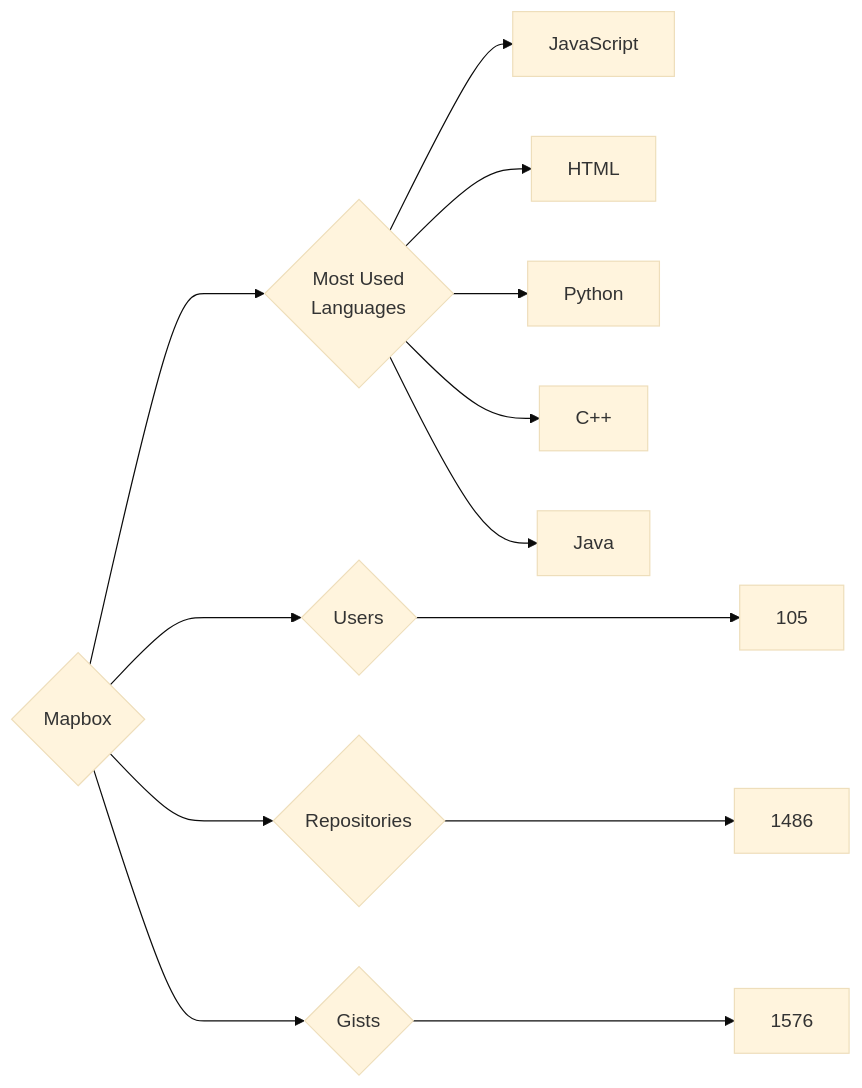
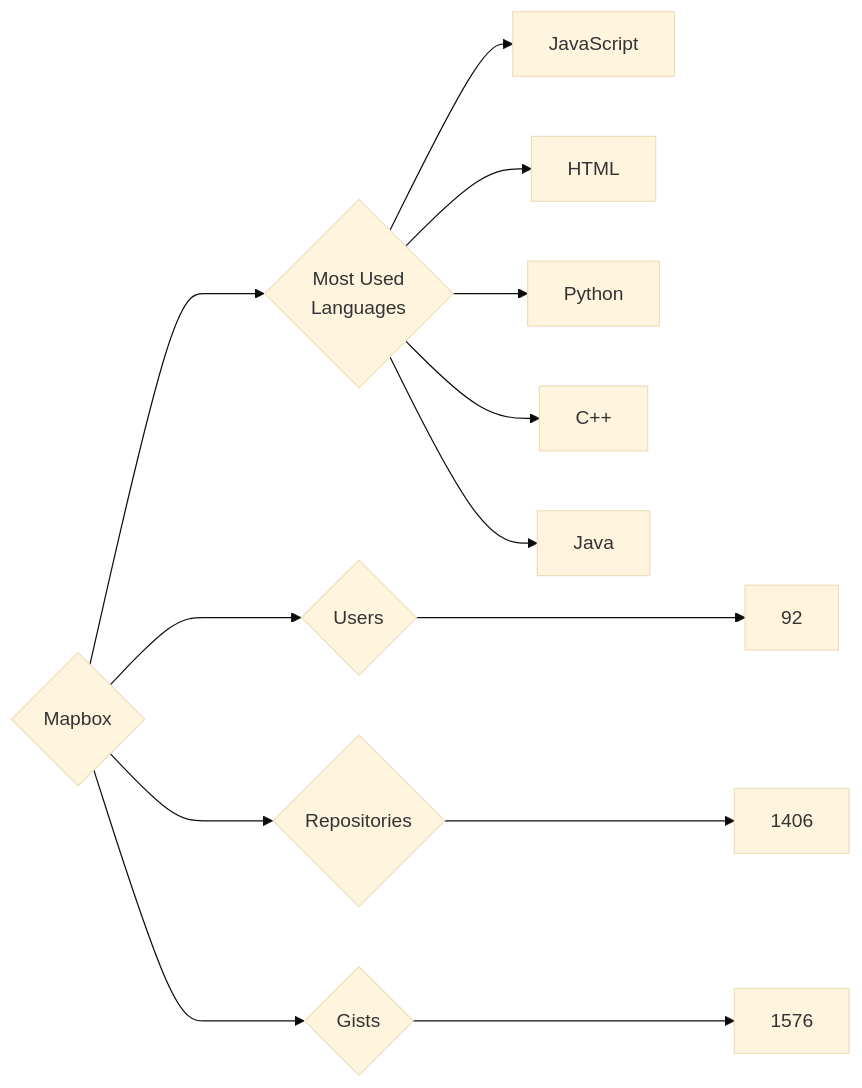
One commit to trickest/insiders changed the diagram in targets/Mapbox/README.md. Above: the diagram before and after it, drawn with Mermaid (base theme). The commit also changed 770 other files, not shown here.

````diff
--- a/targets/Mapbox/README.md
+++ b/targets/Mapbox/README.md
@@ -3,13 +3,13 @@
 ```mermaid
 graph LR
 COMPANY_NAME{Mapbox}
-COMPANY_NAME ---> U{Users} ---> UN[105]
-COMPANY_NAME ---> R{Repositories} ---> RN[1486]
+COMPANY_NAME ---> U{Users} ---> UN[92]
+COMPANY_NAME ---> R{Repositories} ---> RN[1406]
 COMPANY_NAME ---> G{Gists} ---> GN[1576]
 COMPANY_NAME ---> ML{Most Used<br>Languages}
 ML --> JavaScript[JavaScript]
 ML --> HTML[HTML]
 ML --> Python[Python]
 ML --> C++[C++]
 ML --> Java[Java]
 ```
````
